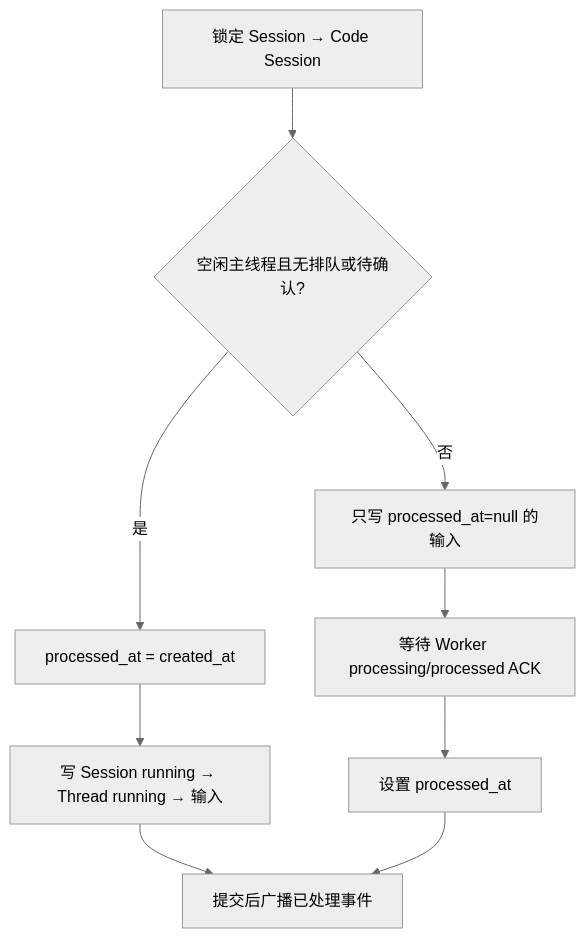
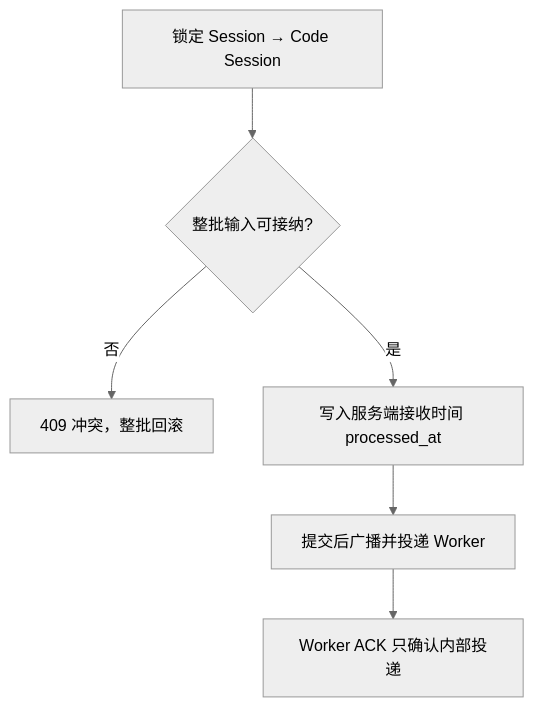
The second of 2 diagrams in docs/design/be/ccrv2/ccr-v2-worker-sse-fanout.md (superduck-ai/open-managed-agents), drawn with Mermaid (neutral theme) before and after one commit. The commit also changed other lines of this file and 27 other files, not shown here.

Commit message:
fix: accept session input on receipt without public worker ACK

````diff
--- a/docs/design/be/ccrv2/ccr-v2-worker-sse-fanout.md
+++ b/docs/design/be/ccrv2/ccr-v2-worker-sse-fanout.md
@@ -150,11 +152,8 @@
 ```mermaid
 flowchart TD
-    A[锁定 Session → Code Session] --> B{空闲主线程且无排队或待确认?}
-    B -->|是| C[processed_at = created_at]
-    C --> D[写 Session running → Thread running → 输入]
-    B -->|否| E[只写 processed_at=null 的输入]
-    D --> F[提交后广播已处理事件]
-    E --> G[等待 Worker processing/processed ACK]
-    G --> H[设置 processed_at]
-    H --> F
+    A[锁定 Session → Code Session] --> B{整批输入可接纳?}
+    B -->|否| C[409 冲突，整批回滚]
+    B -->|是| D[写入服务端接收时间 processed_at]
+    D --> E[提交后广播并投递 Worker]
+    E --> F[Worker ACK 只确认内部投递]
 ```
````
